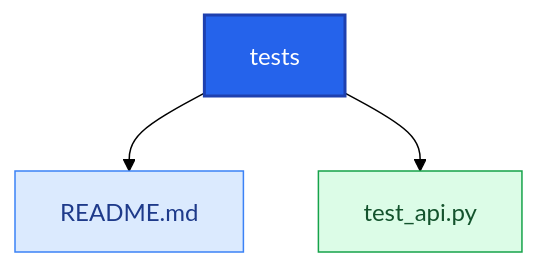
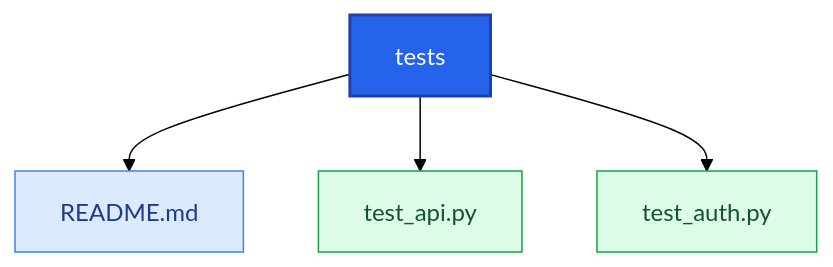
Before and after one commit to Richie086/scripts-public: the diagram in projects/Wedge-400-Switch-API/tests/README.md, drawn with Mermaid (forest theme). The commit also changed 9 other files, not shown here.

````diff
--- a/projects/Wedge-400-Switch-API/tests/README.md
+++ b/projects/Wedge-400-Switch-API/tests/README.md
@@ -11,9 +11,10 @@
 ```mermaid
 graph TD
 	root["tests"]:::root --> n1["README.md"]:::file-md
 	root["tests"]:::root --> n2["test_api.py"]:::file-py
+	root["tests"]:::root --> n3["test_auth.py"]:::file-py
 classDef root fill:#2563eb,stroke:#1e40af,stroke-width:2px,color:#ffffff;
 classDef folder fill:#fbbf24,stroke:#d97706,stroke-width:1px,color:#451a03;
 classDef file-md fill:#dbeafe,stroke:#3b82f6,stroke-width:1px,color:#1e3a8a;
 classDef file-py fill:#dcfce7,stroke:#16a34a,stroke-width:1px,color:#14532d;
 ```
````
